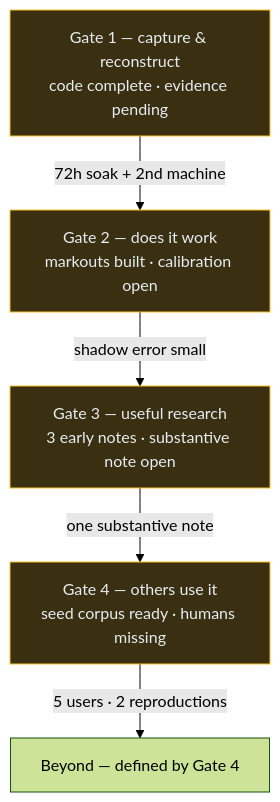
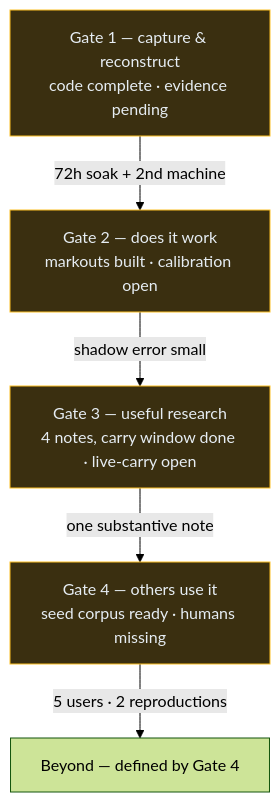
One commit to VarunGore36/AstralProject changed the second of 2 diagrams in docs/status-2026-10-12.md. Above: the diagram before and after it, drawn with Mermaid (forest theme). The commit also changed other lines of this file and 7 other files, not shown here.

````diff
--- a/docs/status-2026-10-12.md
+++ b/docs/status-2026-10-12.md
@@ -66,13 +66,13 @@
 ```mermaid
 flowchart TD
     G1[Gate 1 — capture & reconstruct<br/>code complete · evidence pending]
     G2[Gate 2 — does it work<br/>markouts built · calibration open]
-    G3[Gate 3 — useful research<br/>3 early notes · substantive note open]
+    G3[Gate 3 — useful research<br/>4 notes, carry window done · live-carry open]
     G4[Gate 4 — others use it<br/>seed corpus ready · humans missing]
     G1 -->|72h soak + 2nd machine| G2
     G2 -->|shadow error small| G3
     G3 -->|one substantive note| G4
     G4 -->|5 users · 2 reproductions| G5[Beyond — defined by Gate 4]
     classDef open fill:#3a2f10,stroke:#fbbf24,color:#e6edf3
     class G1,G2,G3,G4 open
 ```
````
